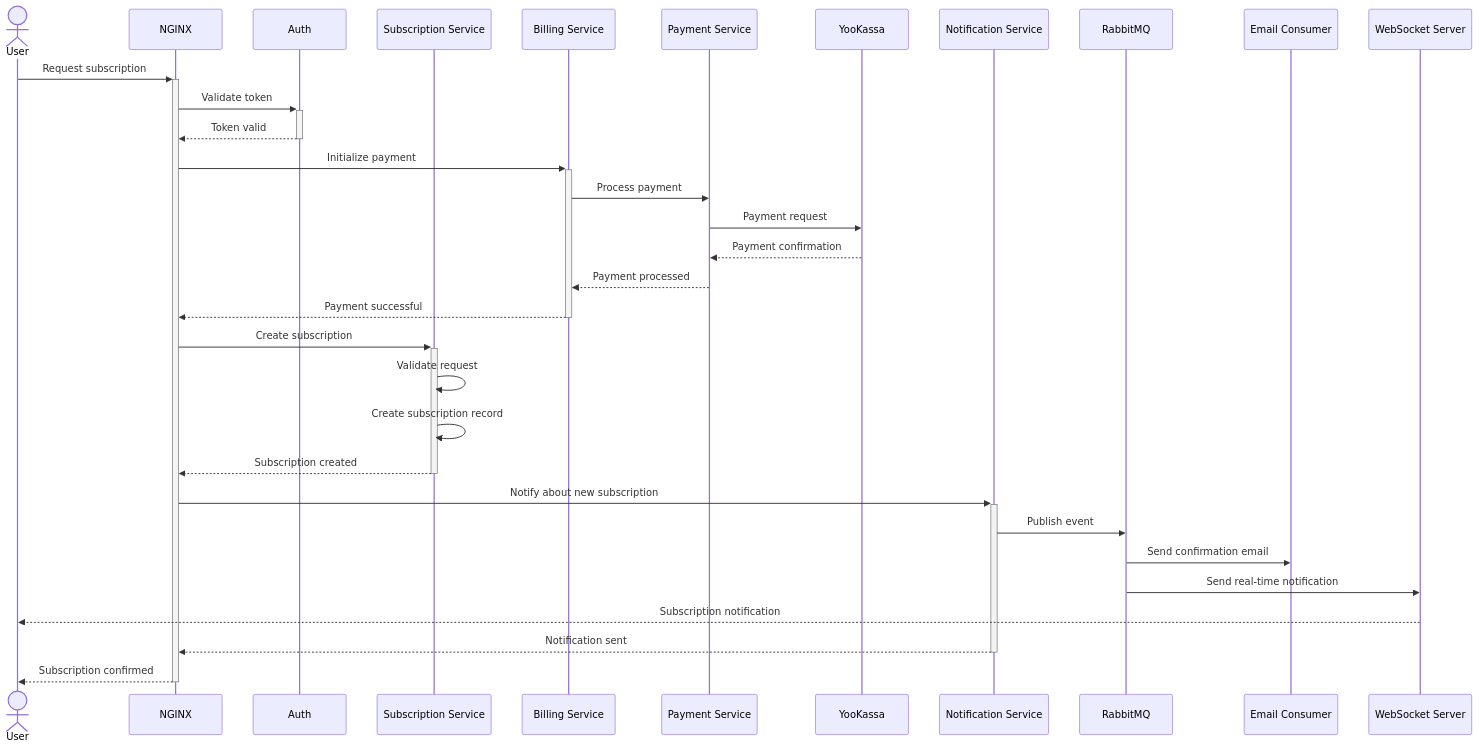
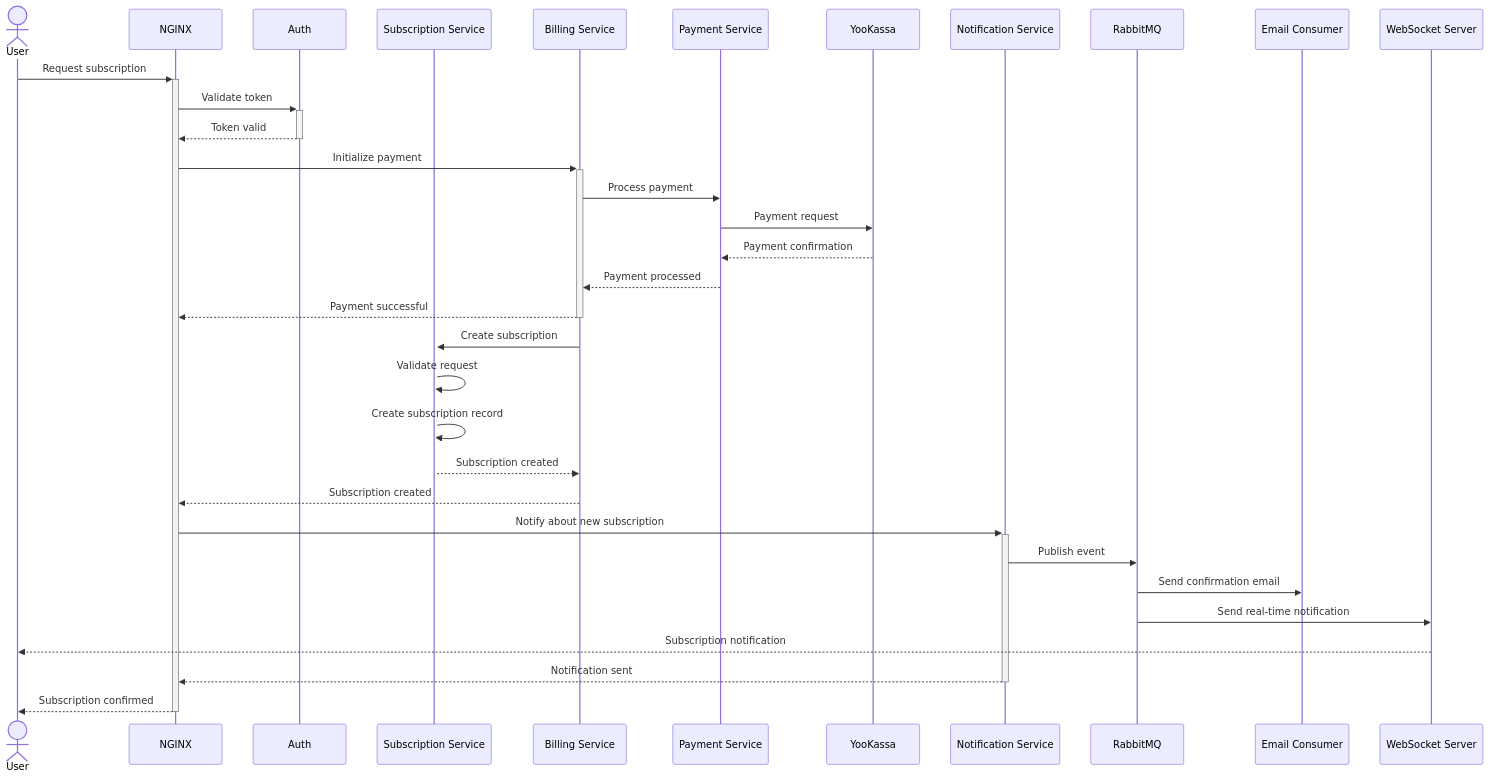
One commit to gregsonar/graduate_work changed the diagram in subscription-sequence.mermaid. Above: the diagram before and after it, drawn with Mermaid.

Commit message:
fix: Схема

```diff
--- a/subscription-sequence.mermaid
+++ b/subscription-sequence.mermaid
@@ -1,37 +1,38 @@
 sequenceDiagram
     actor User
     participant NGINX
     participant Auth
     participant Sub as Subscription Service
     participant Bill as Billing Service
     participant Pay as Payment Service
     participant YK as YooKassa
     participant Notif as Notification Service
     participant RMQ as RabbitMQ
     participant Email as Email Consumer
     participant WS as WebSocket Server
 
     User->>+NGINX: Request subscription
     NGINX->>+Auth: Validate token
     Auth-->>-NGINX: Token valid
     
     NGINX->>+Bill: Initialize payment
     Bill->>Pay: Process payment
     Pay->>YK: Payment request
     YK-->>Pay: Payment confirmation
     Pay-->>Bill: Payment processed
     Bill-->>-NGINX: Payment successful
 
-    NGINX->>+Sub: Create subscription
+    Bill->>+Sub: Create subscription
     Sub->>Sub: Validate request
     Sub->>Sub: Create subscription record
-    Sub-->>-NGINX: Subscription created
+    Sub-->>Bill: Subscription created
+    Bill-->> NGINX: Subscription created
 
     NGINX->>+Notif: Notify about new subscription
     Notif->>RMQ: Publish event
     RMQ->>Email: Send confirmation email
     RMQ->>WS: Send real-time notification
     WS-->>User: Subscription notification
     Notif-->>-NGINX: Notification sent
     
     NGINX-->>-User: Subscription confirmed
```
